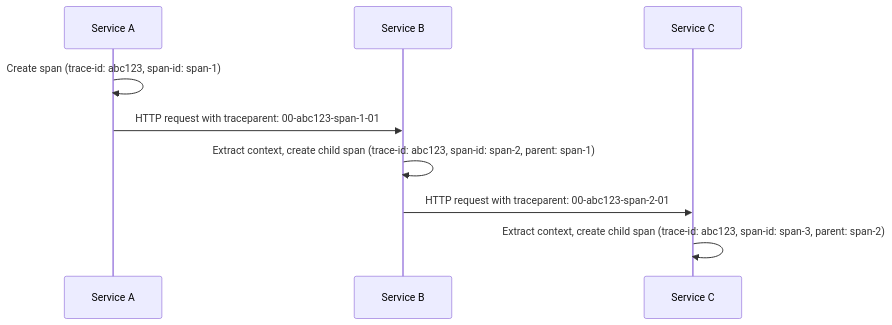
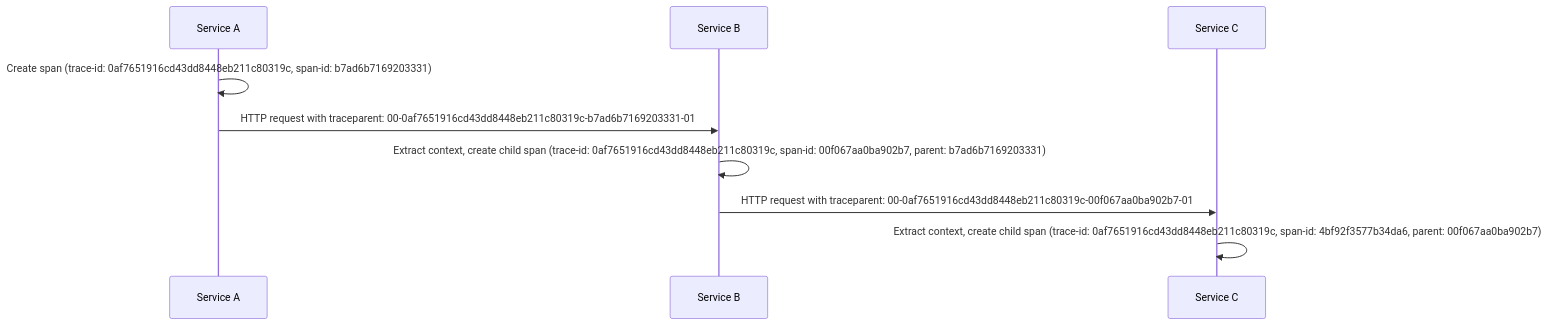
Before and after one commit to OneUptime/blog: the first of 2 diagrams in posts/2026-02-06-test-context-propagation-across-service-boundaries/README.md, drawn with Mermaid. The commit also changed other lines of this file and 2 other files, not shown here.

Commit message:
validate: 2026-02-06-test-context-propagation-across-service-boundaries

````diff
--- a/posts/2026-02-06-test-context-propagation-across-service-boundaries/README.md
+++ b/posts/2026-02-06-test-context-propagation-across-service-boundaries/README.md
@@ -28,12 +28,12 @@
 ```mermaid
 sequenceDiagram
     participant A as Service A
     participant B as Service B
     participant C as Service C
 
-    A->>A: Create span (trace-id: abc123, span-id: span-1)
-    A->>B: HTTP request with traceparent: 00-abc123-span-1-01
-    B->>B: Extract context, create child span (trace-id: abc123, span-id: span-2, parent: span-1)
-    B->>C: HTTP request with traceparent: 00-abc123-span-2-01
-    C->>C: Extract context, create child span (trace-id: abc123, span-id: span-3, parent: span-2)
+    A->>A: Create span (trace-id: 0af7651916cd43dd8448eb211c80319c, span-id: b7ad6b7169203331)
+    A->>B: HTTP request with traceparent: 00-0af7651916cd43dd8448eb211c80319c-b7ad6b7169203331-01
+    B->>B: Extract context, create child span (trace-id: 0af7651916cd43dd8448eb211c80319c, span-id: 00f067aa0ba902b7, parent: b7ad6b7169203331)
+    B->>C: HTTP request with traceparent: 00-0af7651916cd43dd8448eb211c80319c-00f067aa0ba902b7-01
+    C->>C: Extract context, create child span (trace-id: 0af7651916cd43dd8448eb211c80319c, span-id: 4bf92f3577b34da6, parent: 00f067aa0ba902b7)
 ```
````
